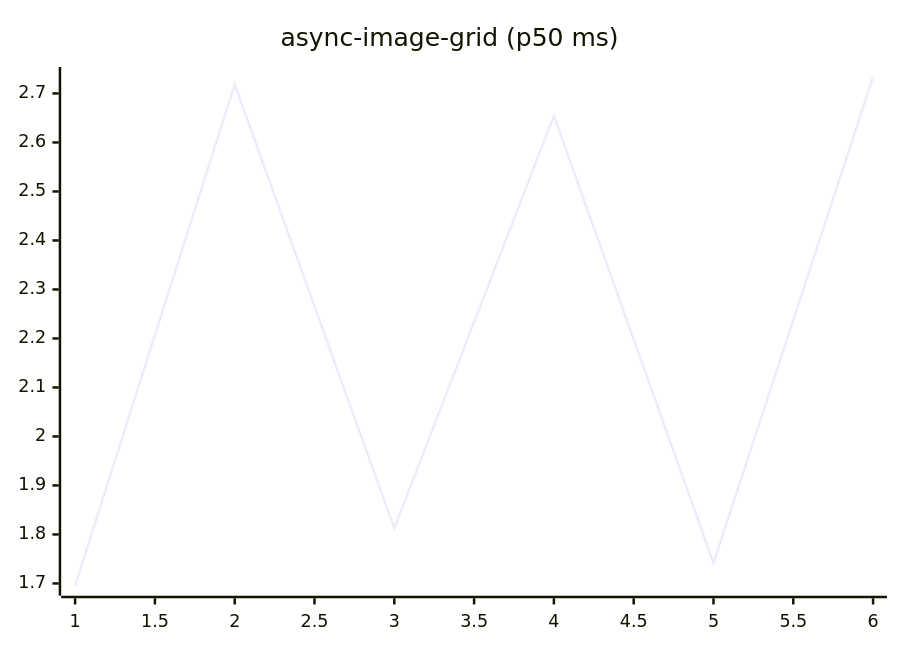
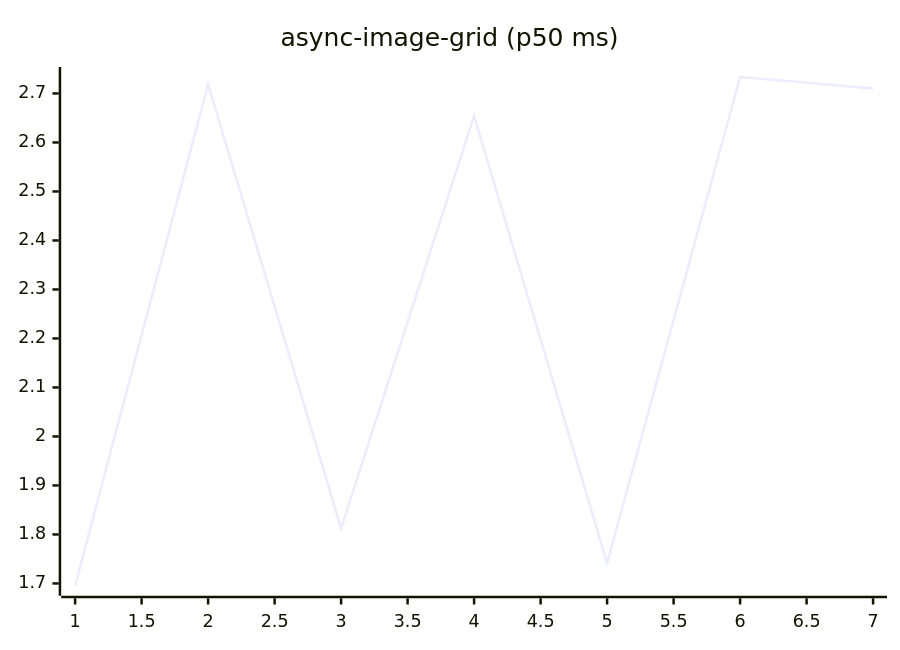
One commit to josha/Facet changed the fifth of 27 diagrams in README.md. Above: the diagram before and after it, drawn with Mermaid. The commit also changed other lines of this file and 2 other files, not shown here.

````diff
--- a/README.md
+++ b/README.md
@@ -91,6 +91,6 @@
 ```mermaid
 xychart-beta
     title "async-image-grid (p50 ms)"
-    x-axis 1 --> 6
-    line [1.6953, 2.7184, 1.8124, 2.6543, 1.7415, 2.7336]
+    x-axis 1 --> 7
+    line [1.6953, 2.7184, 1.8124, 2.6543, 1.7415, 2.7336, 2.7103]
 ```
````
